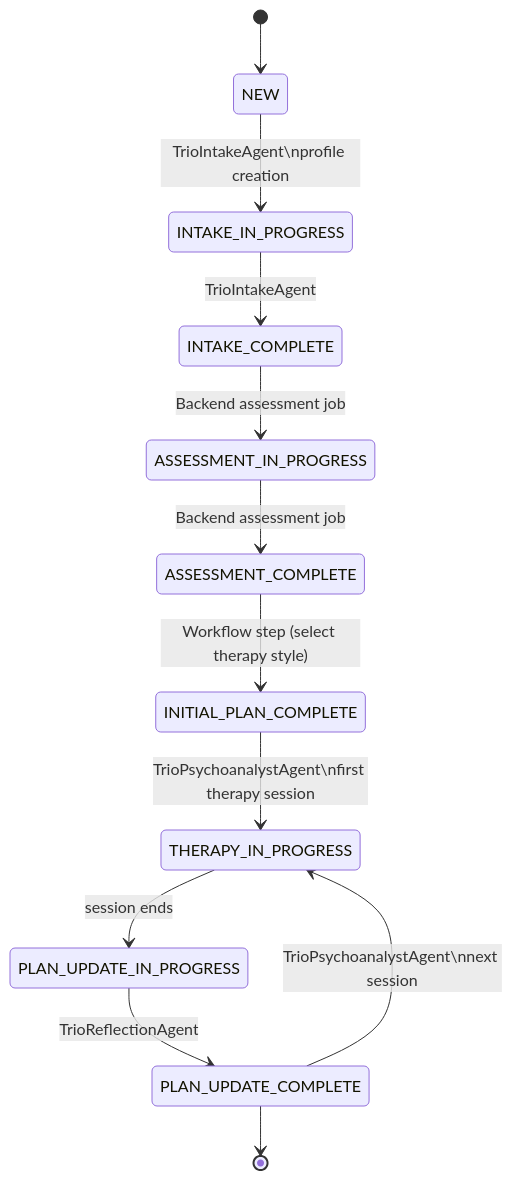
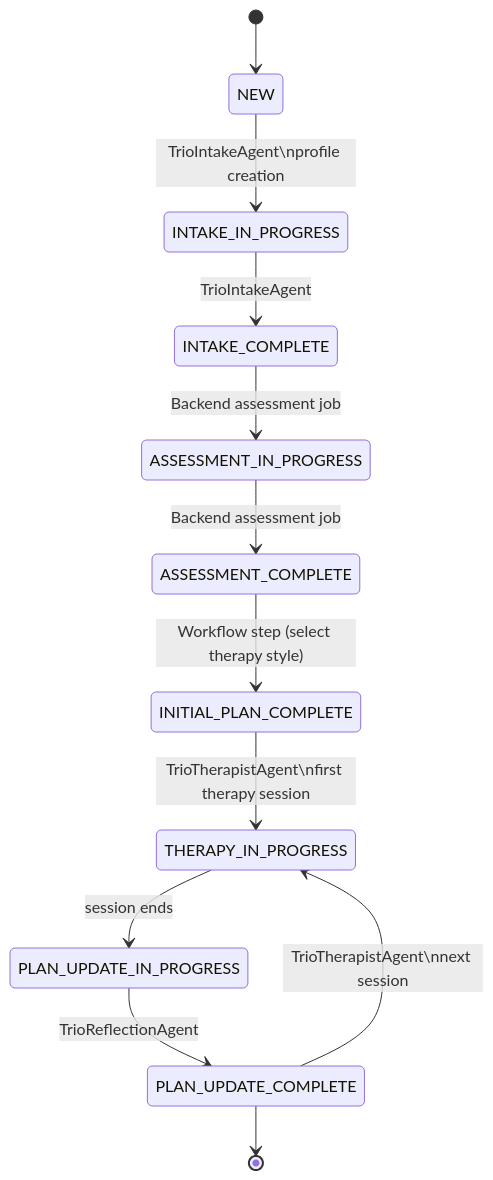
One commit to HagbardCel/llm_psychology changed the first of 2 diagrams in docs/user_journey.md. Above: the diagram before and after it, drawn with Mermaid. The commit also changed other lines of this file and 31 other files, not shown here.

````diff
--- a/docs/user_journey.md
+++ b/docs/user_journey.md
@@ -15,14 +18,14 @@
 ```mermaid
 stateDiagram-v2
     [*] --> NEW
     NEW --> INTAKE_IN_PROGRESS: TrioIntakeAgent\nprofile creation
     INTAKE_IN_PROGRESS --> INTAKE_COMPLETE: TrioIntakeAgent
     INTAKE_COMPLETE --> ASSESSMENT_IN_PROGRESS: Backend assessment job
     ASSESSMENT_IN_PROGRESS --> ASSESSMENT_COMPLETE: Backend assessment job
     ASSESSMENT_COMPLETE --> INITIAL_PLAN_COMPLETE: Workflow step (select therapy style)
-    INITIAL_PLAN_COMPLETE --> THERAPY_IN_PROGRESS: TrioPsychoanalystAgent\nfirst therapy session
+    INITIAL_PLAN_COMPLETE --> THERAPY_IN_PROGRESS: TrioTherapistAgent\nfirst therapy session
     THERAPY_IN_PROGRESS --> PLAN_UPDATE_IN_PROGRESS: session ends
     PLAN_UPDATE_IN_PROGRESS --> PLAN_UPDATE_COMPLETE: TrioReflectionAgent
-    PLAN_UPDATE_COMPLETE --> THERAPY_IN_PROGRESS: TrioPsychoanalystAgent\nnext session
+    PLAN_UPDATE_COMPLETE --> THERAPY_IN_PROGRESS: TrioTherapistAgent\nnext session
     PLAN_UPDATE_COMPLETE --> [*]
 ```
````
